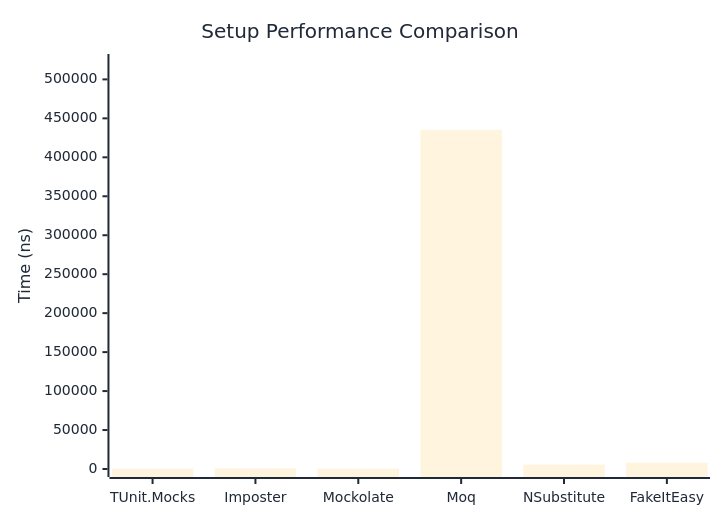
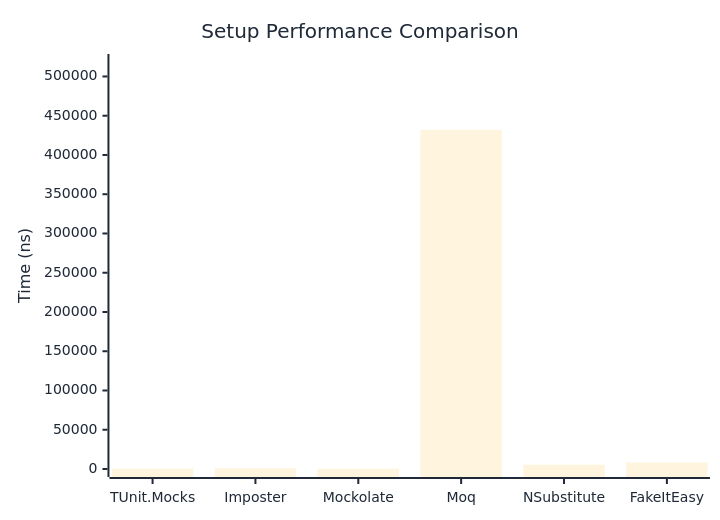
Before and after one commit to thomhurst/TUnit: the first of 2 diagrams in docs/docs/benchmarks/mocks/Setup.md, drawn with Mermaid. The commit also changed other lines of this file and 14 other files, not shown here.

````diff
--- a/docs/docs/benchmarks/mocks/Setup.md
+++ b/docs/docs/benchmarks/mocks/Setup.md
@@ -30,27 +30,27 @@
 ```mermaid
 %%{init: {
   'theme':'base',
   'themeVariables': {
     'primaryColor': '#2563eb',
     'primaryTextColor': '#1f2937',
     'primaryBorderColor': '#1e40af',
     'lineColor': '#6b7280',
     'secondaryColor': '#7c3aed',
     'tertiaryColor': '#dc2626',
     'background': '#ffffff',
     'pie1': '#2563eb',
     'pie2': '#7c3aed',
     'pie3': '#dc2626',
     'pie4': '#f59e0b',
     'pie5': '#10b981',
     'pie6': '#06b6d4',
     'pie7': '#ec4899',
     'pie8': '#6366f1'
   }
 }}%%
 xychart-beta
   title "Setup Performance Comparison"
   x-axis ["TUnit.Mocks", "Imposter", "Mockolate", "Moq", "NSubstitute", "FakeItEasy"]
-  y-axis "Time (ns)" 0 --> 522318
-  bar [527.9, 824.9, 334.4, 435264.7, 5567.7, 8109.2]
+  y-axis "Time (ns)" 0 --> 518425
+  bar [535.2, 797.8, 342.5, 432020.5, 5506.2, 8432.9]
 ```
````
